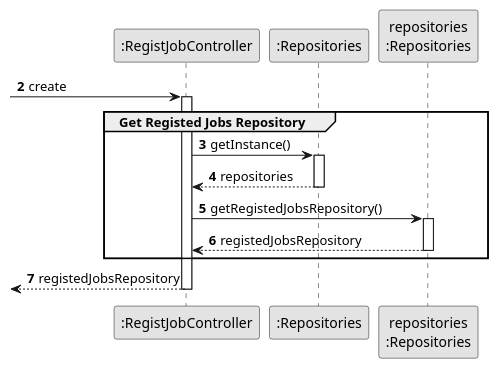
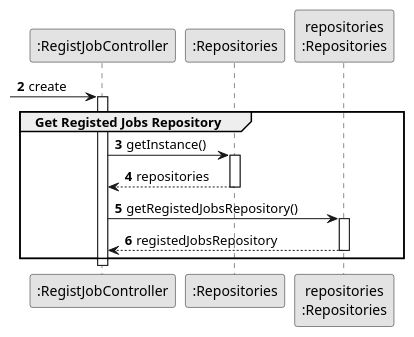
Before and after one commit to 1231360-ISEP/lei-24-s2-1db-g021: the diagram in docs/sprint2/us002/03.design/puml/us002-sequence-diagram-partial-get-registed-jobs-repository.puml, drawn with PlantUML. The commit also changed 6 other files, not shown here.

```diff
--- a/docs/sprint2/us002/03.design/puml/us002-sequence-diagram-partial-get-registed-jobs-repository.puml
+++ b/docs/sprint2/us002/03.design/puml/us002-sequence-diagram-partial-get-registed-jobs-repository.puml
@@ -1,33 +1,33 @@
 @startuml
 skinparam monochrome true
 skinparam packageStyle rectangle
 skinparam shadowing false
 
 participant ":RegistJobController" as CTRL
 participant ":Repositories" as RepositorySingleton
 participant "repositories\n:Repositories" as PLAT
 
 autonumber 2
 
  -> CTRL : create
 activate CTRL
     group Get Registed Jobs Repository
 
             CTRL -> RepositorySingleton : getInstance()
             activate RepositorySingleton
 
                 RepositorySingleton --> CTRL: repositories
             deactivate RepositorySingleton
 
             CTRL -> PLAT : getRegistedJobsRepository()
             activate PLAT
 
                 PLAT --> CTRL: registedJobsRepository
             deactivate PLAT
 
     end
-    <-- CTRL : registedJobsRepository
+
 deactivate CTRL
 
 
 @enduml
```
